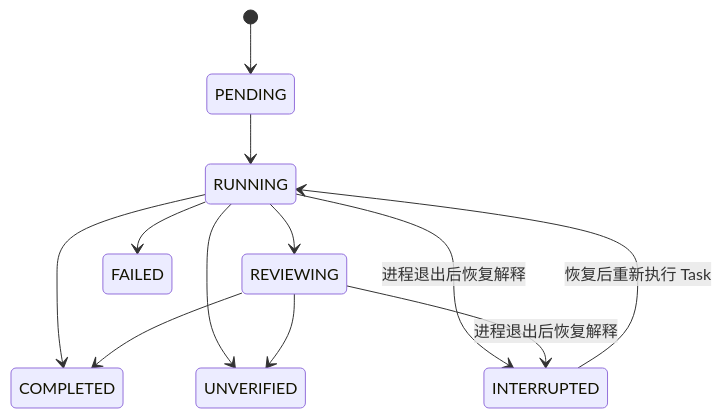
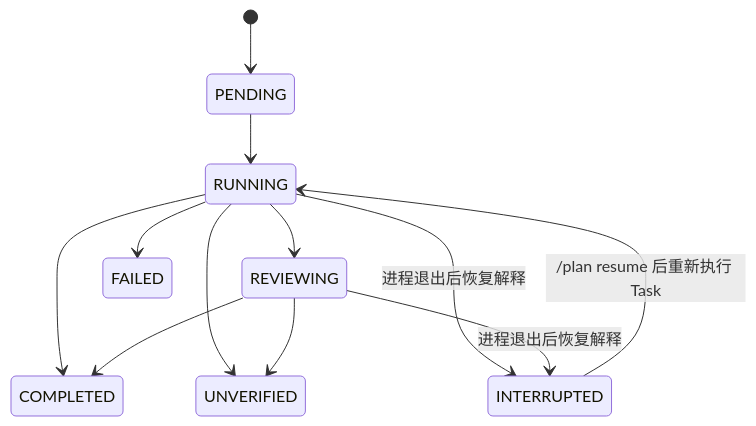
The third of 3 diagrams in docs/dev/13-plan-dag-persistence-and-recovery.md (zgjdev/Code-Agent), drawn with Mermaid before and after one commit. The commit also changed other lines of this file and 18 other files, not shown here.

````diff
--- a/docs/dev/13-plan-dag-persistence-and-recovery.md
+++ b/docs/dev/13-plan-dag-persistence-and-recovery.md
@@ -116,14 +313,14 @@
 ```mermaid
 stateDiagram-v2
     [*] --> PENDING
     PENDING --> RUNNING
-    INTERRUPTED --> RUNNING: 恢复后重新执行 Task
+    INTERRUPTED --> RUNNING: /plan resume 后重新执行 Task
     RUNNING --> REVIEWING
     RUNNING --> COMPLETED
     RUNNING --> FAILED
     RUNNING --> UNVERIFIED
     REVIEWING --> COMPLETED
     REVIEWING --> UNVERIFIED
     RUNNING --> INTERRUPTED: 进程退出后恢复解释
     REVIEWING --> INTERRUPTED: 进程退出后恢复解释
 ```
````
